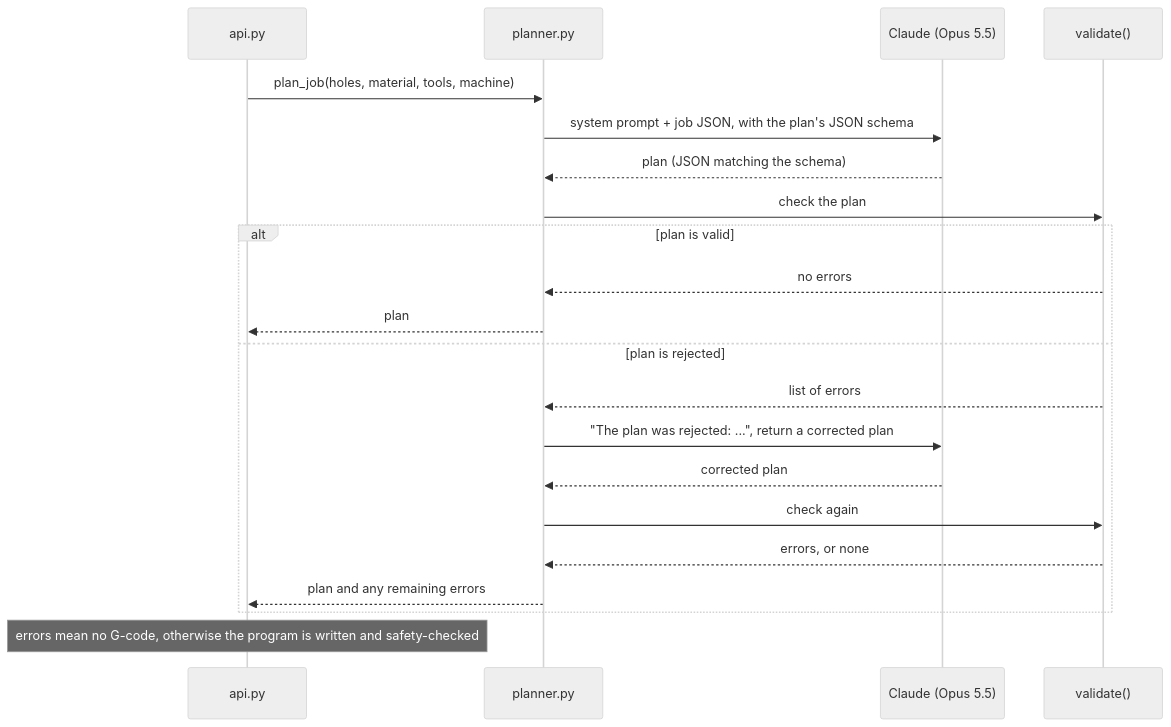
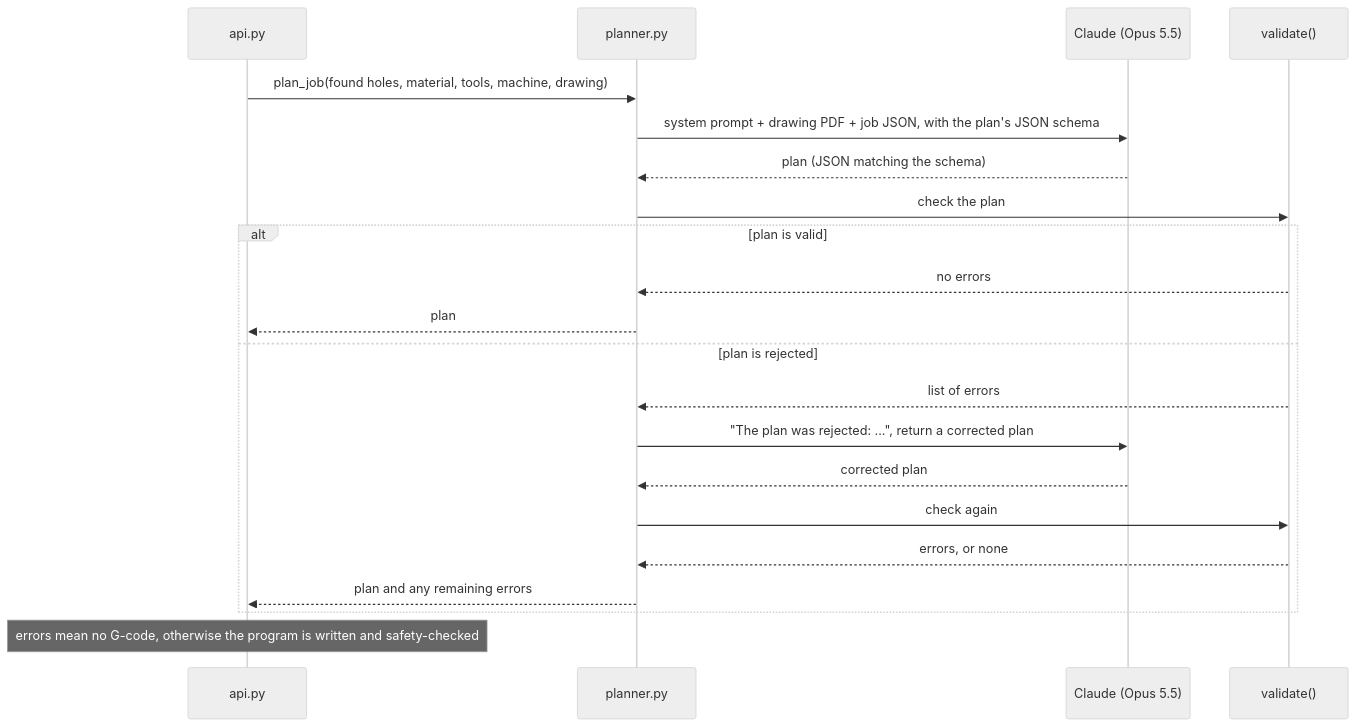
One commit to rrhodeswebdev/hole-cam changed the first of 2 diagrams in docs/AI-IN-HOLE-CAM.md. Above: the diagram before and after it, drawn with Mermaid (neutral theme). The commit also changed other lines of this file and 8 other files, not shown here.

````diff
--- a/docs/AI-IN-HOLE-CAM.md
+++ b/docs/AI-IN-HOLE-CAM.md
@@ -11,24 +15,24 @@
 ```mermaid
 sequenceDiagram
     participant API as api.py
     participant P as planner.py
     participant C as Claude (Opus 5.5)
     participant V as validate()
 
-    API->>P: plan_job(holes, material, tools, machine)
-    P->>C: system prompt + job JSON, with the plan's JSON schema
+    API->>P: plan_job(found holes, material, tools, machine, drawing)
+    P->>C: system prompt + drawing PDF + job JSON, with the plan's JSON schema
     C-->>P: plan (JSON matching the schema)
     P->>V: check the plan
     alt plan is valid
         V-->>P: no errors
         P-->>API: plan
     else plan is rejected
         V-->>P: list of errors
         P->>C: "The plan was rejected: ...", return a corrected plan
         C-->>P: corrected plan
         P->>V: check again
         V-->>P: errors, or none
         P-->>API: plan and any remaining errors
     end
     Note over API: errors mean no G-code, otherwise the program is written and safety-checked
 ```
````
